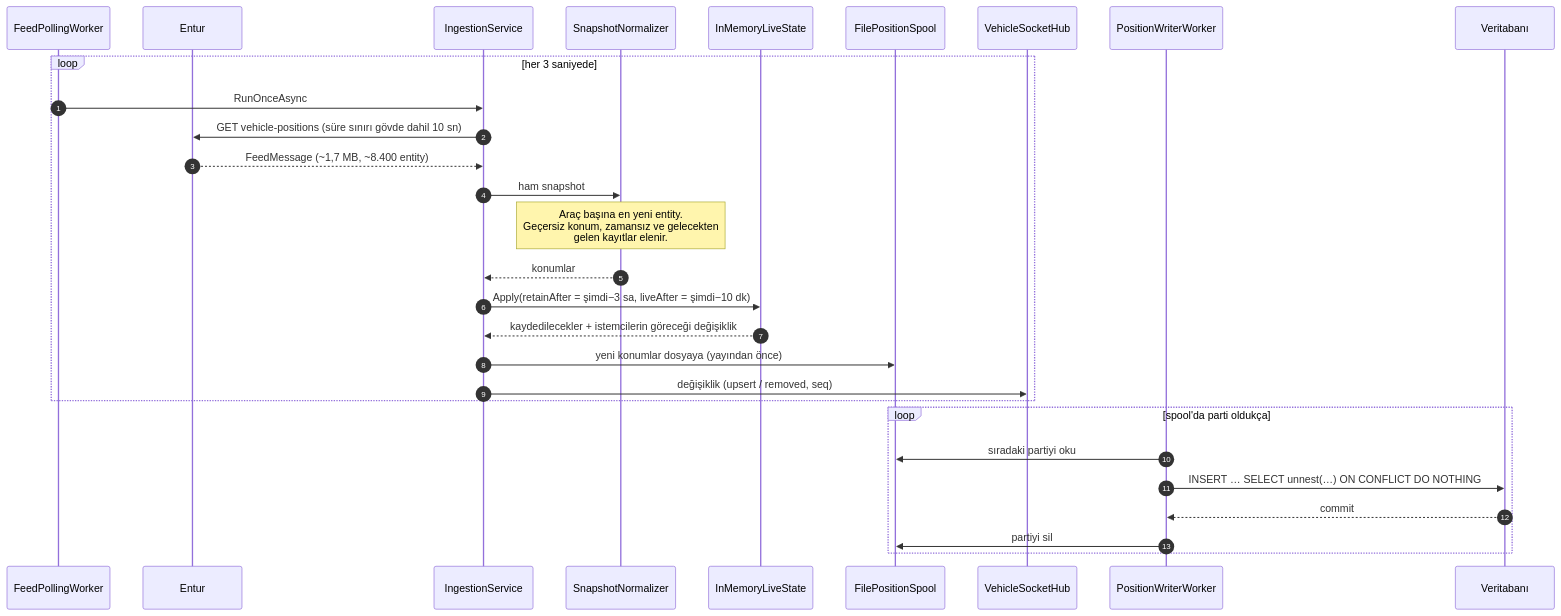
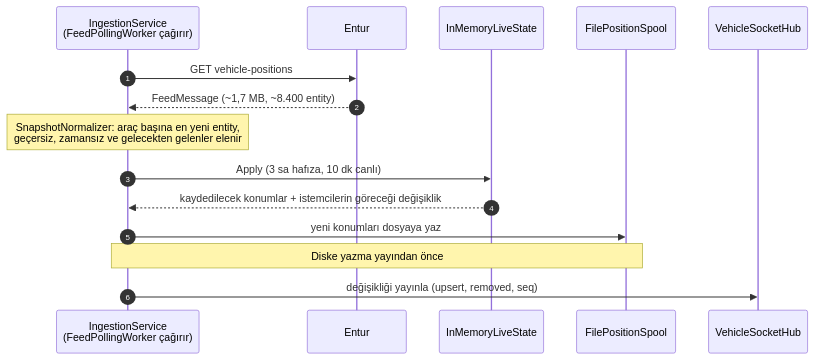
One commit to blisahn/piton-live-vehicle-tracking changed the second of 12 diagrams in docs/architecture.md. Above: the diagram before and after it, drawn with Mermaid. The commit also changed other lines of this file, not shown here.

First line of the commit message:
docs: make the architecture diagrams easier to read

````diff
--- a/docs/architecture.md
+++ b/docs/architecture.md
@@ -97,33 +99,18 @@
 ```mermaid
 sequenceDiagram
     autonumber
-    participant P as FeedPollingWorker
+    participant I as IngestionService<br/>(FeedPollingWorker çağırır)
     participant E as Entur
-    participant I as IngestionService
-    participant N as SnapshotNormalizer
     participant L as InMemoryLiveState
     participant S as FilePositionSpool
     participant H as VehicleSocketHub
-    participant W as PositionWriterWorker
-    participant DB as Veritabanı
 
-    loop her 3 saniyede
-        P->>I: RunOnceAsync
-        I->>E: GET vehicle-positions (süre sınırı gövde dahil 10 sn)
-        E-->>I: FeedMessage (~1,7 MB, ~8.400 entity)
-        I->>N: ham snapshot
-        Note over N: Araç başına en yeni entity.<br/>Geçersiz konum, zamansız ve gelecekten<br/>gelen kayıtlar elenir.
-        N-->>I: konumlar
-        I->>L: Apply(retainAfter = şimdi−3 sa, liveAfter = şimdi−10 dk)
-        L-->>I: kaydedilecekler + istemcilerin göreceği değişiklik
-        I->>S: yeni konumlar dosyaya (yayından önce)
-        I->>H: değişiklik (upsert / removed, seq)
-    end
-
-    loop spool'da parti oldukça
-        W->>S: sıradaki partiyi oku
-        W->>DB: INSERT … SELECT unnest(…) ON CONFLICT DO NOTHING
-        DB-->>W: commit
-        W->>S: partiyi sil
-    end
+    I->>E: GET vehicle-positions
+    E-->>I: FeedMessage (~1,7 MB, ~8.400 entity)
+    Note over I: SnapshotNormalizer: araç başına en yeni entity,<br/>geçersiz, zamansız ve gelecekten gelenler elenir
+    I->>L: Apply (3 sa hafıza, 10 dk canlı)
+    L-->>I: kaydedilecek konumlar + istemcilerin göreceği değişiklik
+    I->>S: yeni konumları dosyaya yaz
+    Note over I,S: Diske yazma yayından önce
+    I->>H: değişikliği yayınla (upsert, removed, seq)
 ```
````
